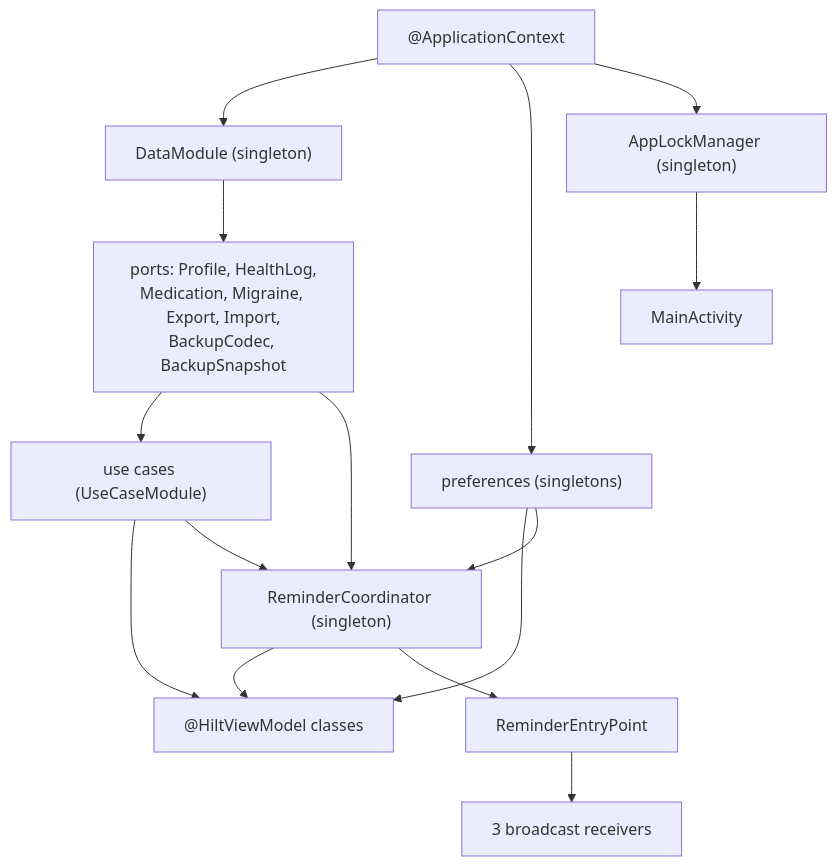
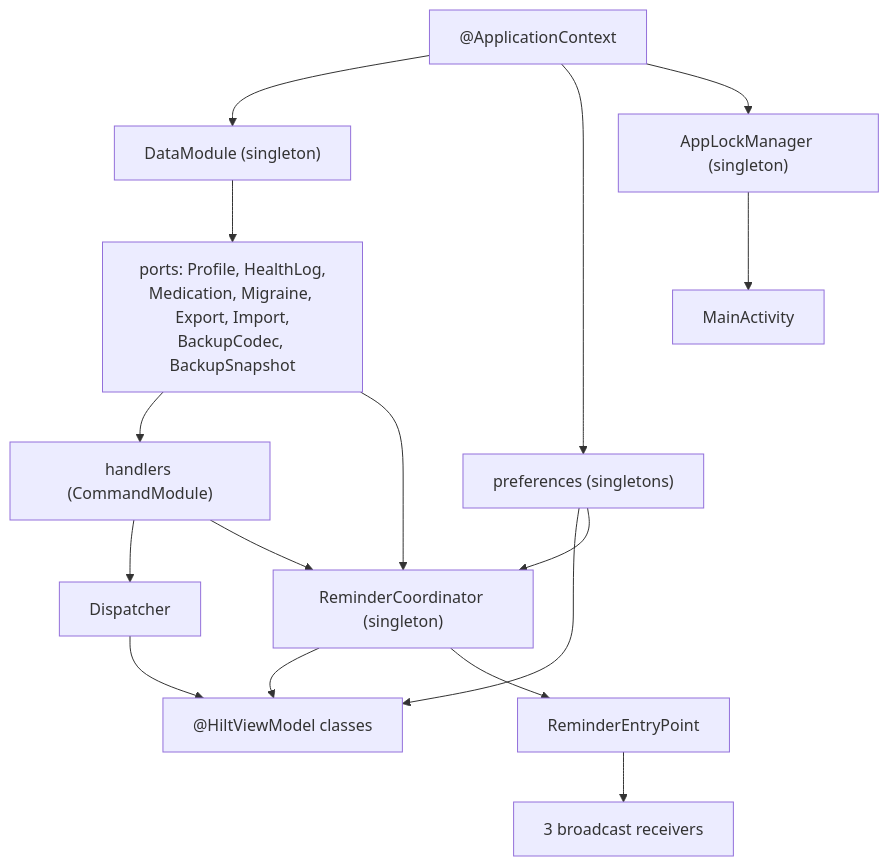
Before and after one commit to mannetje/health_journal: the third of 5 diagrams in docs/dev/dependency-injection.md, drawn with Mermaid. The commit also changed other lines of this file and 214 other files, not shown here.

First line of the commit message:
refactor: segregated ports, command dispatcher, typed domain errors and bounded contexts

````diff
--- a/docs/dev/dependency-injection.md
+++ b/docs/dev/dependency-injection.md
@@ -74,17 +75,18 @@
 ```mermaid
 flowchart TD
     CTX["@ApplicationContext"] --> DM["DataModule (singleton)"]
     DM --> PORTS["ports: Profile, HealthLog,<br/>Medication, Migraine, Export, Import,<br/>BackupCodec, BackupSnapshot"]
-    PORTS --> UCS["use cases (UseCaseModule)"]
-    UCS --> VM["@HiltViewModel classes"]
+    PORTS --> UCS["handlers (CommandModule)"]
+    UCS --> DSP["Dispatcher"]
+    DSP --> VM["@HiltViewModel classes"]
     CTX --> PREFS["preferences (singletons)"]
     PREFS --> VM
     CTX --> LOCK["AppLockManager (singleton)"]
     PORTS --> RC["ReminderCoordinator (singleton)"]
     UCS --> RC
     PREFS --> RC
     RC --> VM
     RC --> EP["ReminderEntryPoint"]
     EP --> RCV["3 broadcast receivers"]
     LOCK --> ACT["MainActivity"]
 ```
````
